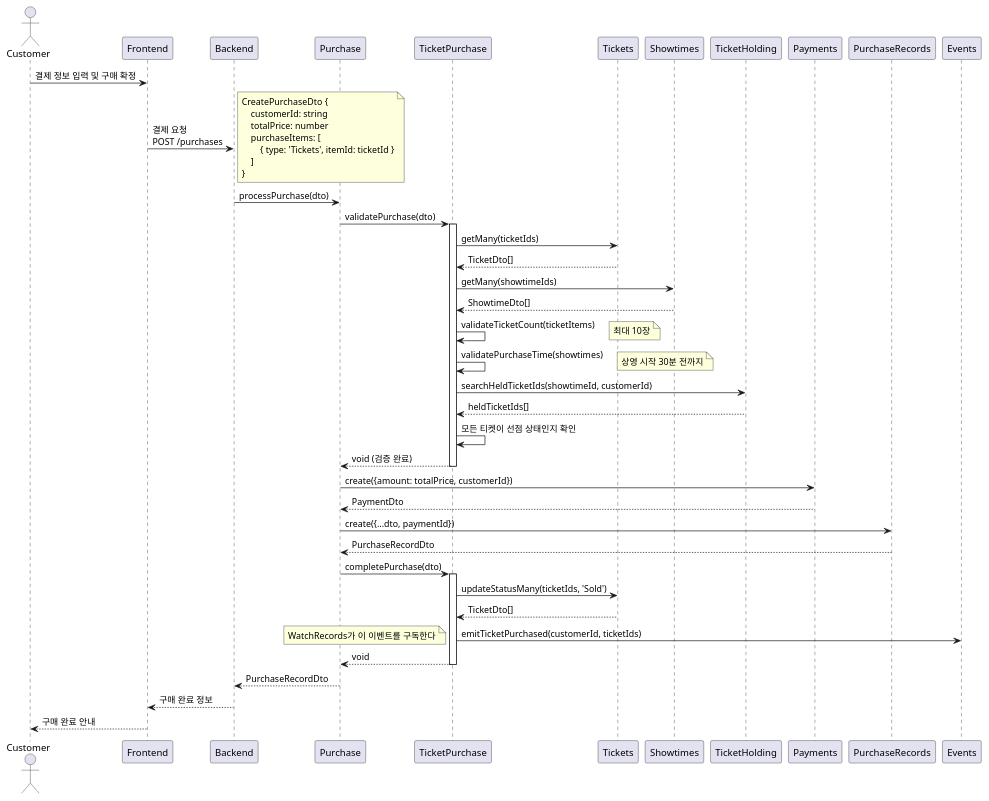
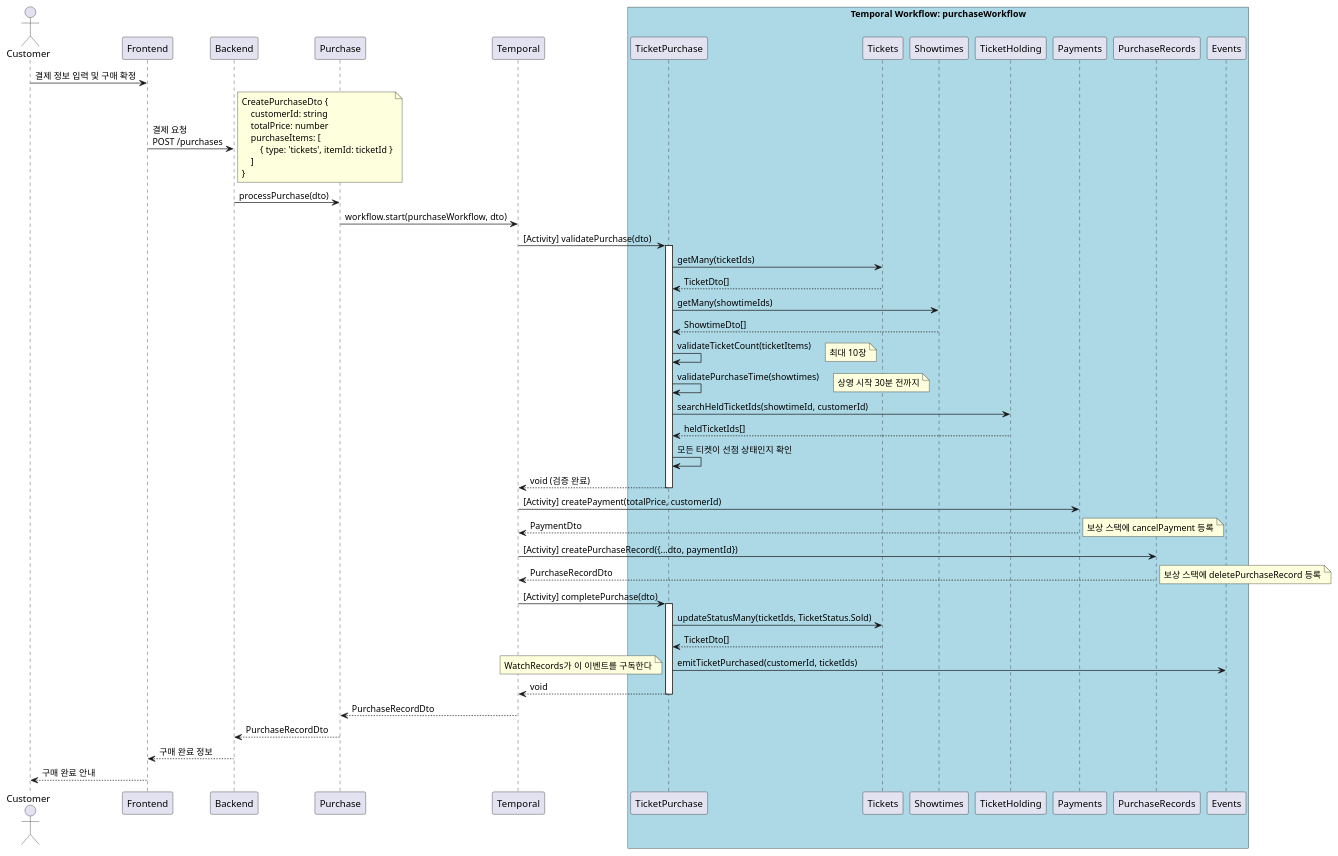
Before and after one commit to mannercode/nest-mono: the fourth of 5 diagrams in docs/designs/tickets-purchase.md, drawn with PlantUML. The commit also changed other lines of this file and 8 other files, not shown here.

````diff
--- a/docs/designs/tickets-purchase.md
+++ b/docs/designs/tickets-purchase.md
@@ -165,53 +167,59 @@
 ```plantuml
 @startuml
 actor Customer
 
 Customer -> Frontend: 결제 정보 입력 및 구매 확정
     Frontend -> Backend: 결제 요청\nPOST /purchases
     note right
     CreatePurchaseDto {
         customerId: string
         totalPrice: number
         purchaseItems: [
-            { type: 'Tickets', itemId: ticketId }
+            { type: 'tickets', itemId: ticketId }
         ]
     }
     end note
         Backend -> Purchase: processPurchase(dto)
+            Purchase -> Temporal: workflow.start(purchaseWorkflow, dto)
 
-            Purchase -> TicketPurchase: validatePurchase(dto)
-            activate TicketPurchase
-                TicketPurchase -> Tickets: getMany(ticketIds)
-                TicketPurchase <-- Tickets: TicketDto[]
-                TicketPurchase -> Showtimes: getMany(showtimeIds)
-                TicketPurchase <-- Showtimes: ShowtimeDto[]
-                TicketPurchase -> TicketPurchase: validateTicketCount(ticketItems)
-                note right: 최대 10장
-                TicketPurchase -> TicketPurchase: validatePurchaseTime(showtimes)
-                note right: 상영 시작 30분 전까지
-                TicketPurchase -> TicketHolding: searchHeldTicketIds(showtimeId, customerId)
-                TicketPurchase <-- TicketHolding: heldTicketIds[]
-                TicketPurchase -> TicketPurchase: 모든 티켓이 선점 상태인지 확인
-            Purchase <-- TicketPurchase: void (검증 완료)
-            deactivate TicketPurchase
+            box "Temporal Workflow: purchaseWorkflow" #LightBlue
+                Temporal -> TicketPurchase: [Activity] validatePurchase(dto)
+                activate TicketPurchase
+                    TicketPurchase -> Tickets: getMany(ticketIds)
+                    TicketPurchase <-- Tickets: TicketDto[]
+                    TicketPurchase -> Showtimes: getMany(showtimeIds)
+                    TicketPurchase <-- Showtimes: ShowtimeDto[]
+                    TicketPurchase -> TicketPurchase: validateTicketCount(ticketItems)
+                    note right: 최대 10장
+                    TicketPurchase -> TicketPurchase: validatePurchaseTime(showtimes)
+                    note right: 상영 시작 30분 전까지
+                    TicketPurchase -> TicketHolding: searchHeldTicketIds(showtimeId, customerId)
+                    TicketPurchase <-- TicketHolding: heldTicketIds[]
+                    TicketPurchase -> TicketPurchase: 모든 티켓이 선점 상태인지 확인
+                Temporal <-- TicketPurchase: void (검증 완료)
+                deactivate TicketPurchase
 
-            Purchase -> Payments: create({amount: totalPrice, customerId})
-            Purchase <-- Payments: PaymentDto
+                Temporal -> Payments: [Activity] createPayment(totalPrice, customerId)
+                Temporal <-- Payments: PaymentDto
+                note right: 보상 스택에 cancelPayment 등록
 
-            Purchase -> PurchaseRecords: create({...dto, paymentId})
-            Purchase <-- PurchaseRecords: PurchaseRecordDto
+                Temporal -> PurchaseRecords: [Activity] createPurchaseRecord({...dto, paymentId})
+                Temporal <-- PurchaseRecords: PurchaseRecordDto
+                note right: 보상 스택에 deletePurchaseRecord 등록
 
-            Purchase -> TicketPurchase: completePurchase(dto)
-            activate TicketPurchase
-                TicketPurchase -> Tickets: updateStatusMany(ticketIds, 'Sold')
-                TicketPurchase <-- Tickets: TicketDto[]
-                TicketPurchase -> Events: emitTicketPurchased(customerId, ticketIds)
-                note left: WatchRecords가 이 이벤트를 구독한다
-            Purchase <-- TicketPurchase: void
-            deactivate TicketPurchase
+                Temporal -> TicketPurchase: [Activity] completePurchase(dto)
+                activate TicketPurchase
+                    TicketPurchase -> Tickets: updateStatusMany(ticketIds, TicketStatus.Sold)
+                    TicketPurchase <-- Tickets: TicketDto[]
+                    TicketPurchase -> Events: emitTicketPurchased(customerId, ticketIds)
+                    note left: WatchRecords가 이 이벤트를 구독한다
+                Temporal <-- TicketPurchase: void
+                deactivate TicketPurchase
+            end box
 
+            Purchase <-- Temporal: PurchaseRecordDto
         Backend <-- Purchase: PurchaseRecordDto
     Frontend <-- Backend: 구매 완료 정보
 Customer <-- Frontend: 구매 완료 안내
 @enduml
 ```
````
